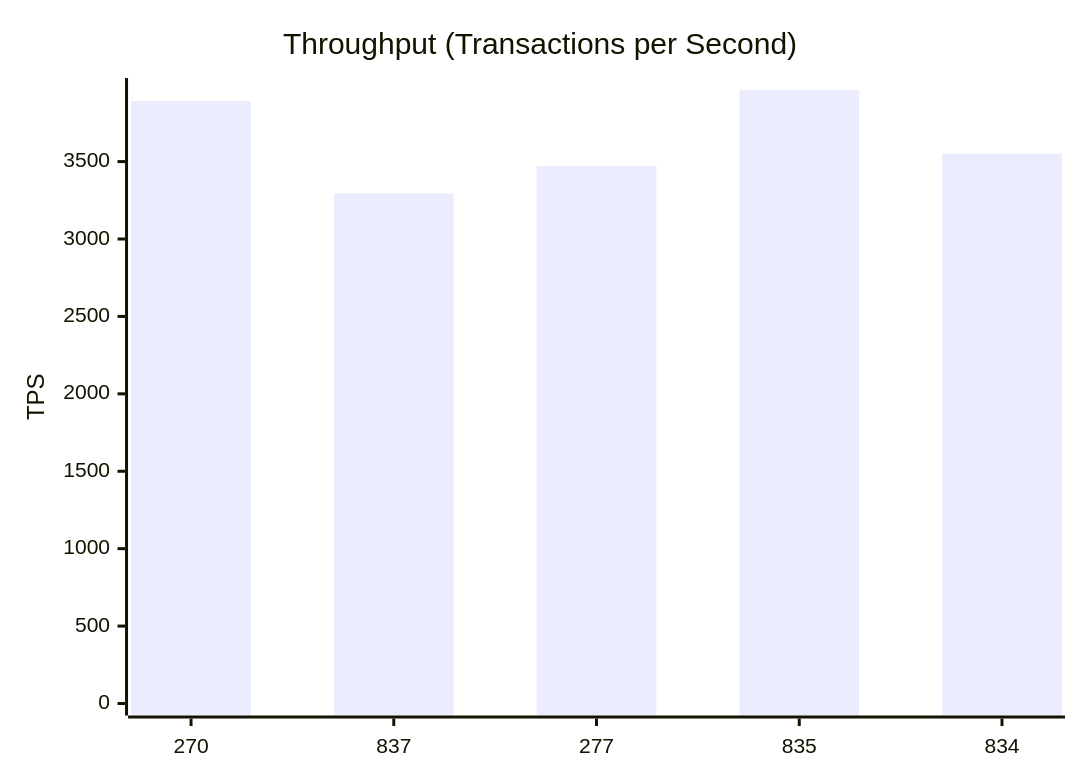
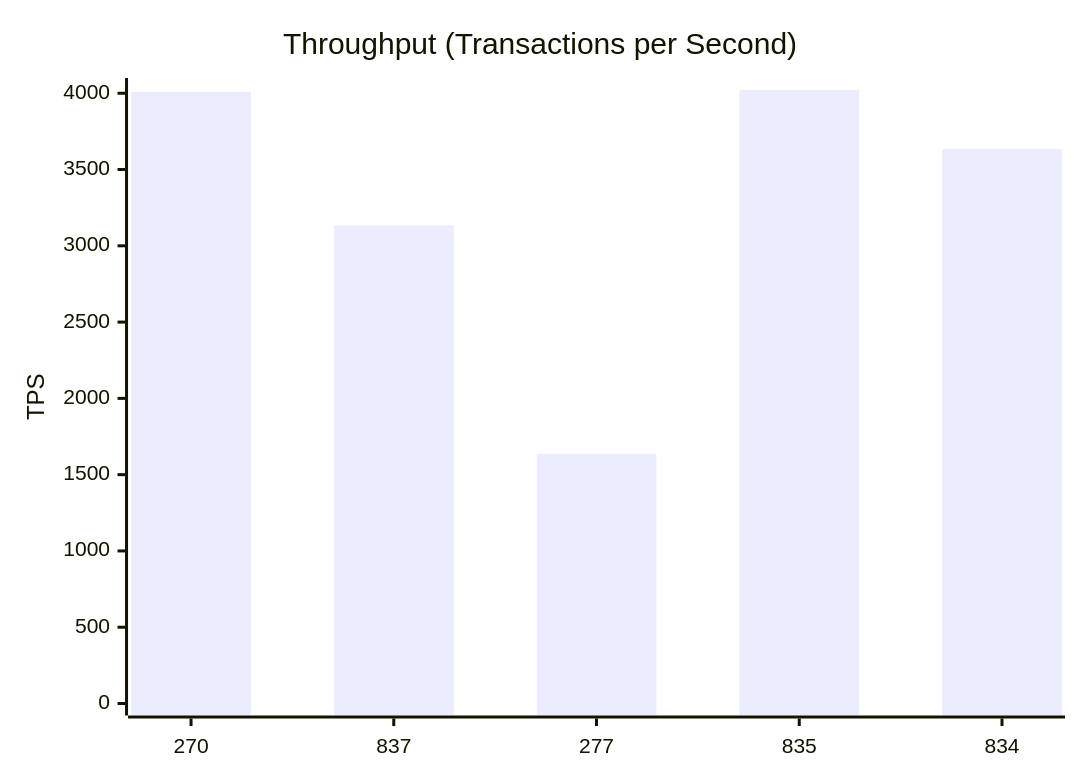
The second of 10 diagrams in test-tools/DataGen/src/Statistics_Visualizer.md (dhagan-va/intern-2025), drawn with Mermaid before and after one commit. The commit also changed other lines of this file and 1 other file, not shown here.

````diff
--- a/test-tools/DataGen/src/Statistics_Visualizer.md
+++ b/test-tools/DataGen/src/Statistics_Visualizer.md
@@ -30,7 +30,7 @@
 ```mermaid
 xychart-beta
     title "Throughput (Transactions per Second)"
     x-axis ["270", "837", "277", "835", "834"]
-    y-axis "TPS" 0 --> 3962.429488917108
-    bar [3891.4633095337535, 3294.4614322582215, 3473.1535682166013, 3961.429488917108, 3551.7960167848078]
+    y-axis "TPS" 0 --> 4021.2624810570874
+    bar [4008.7496093924383, 3134.238237008443, 1637.0296843795832, 4020.2624810570874, 3634.7225286011785]
 ```
````
